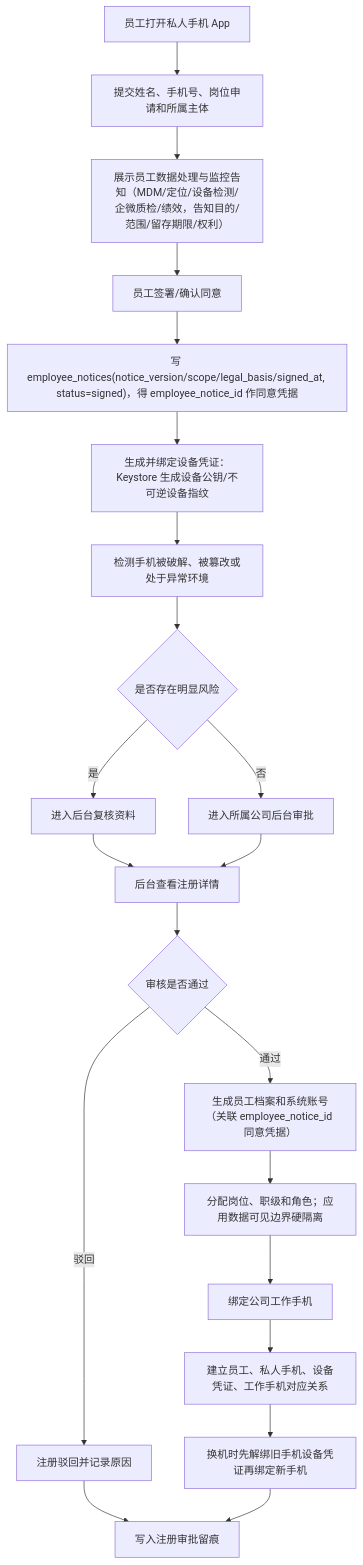
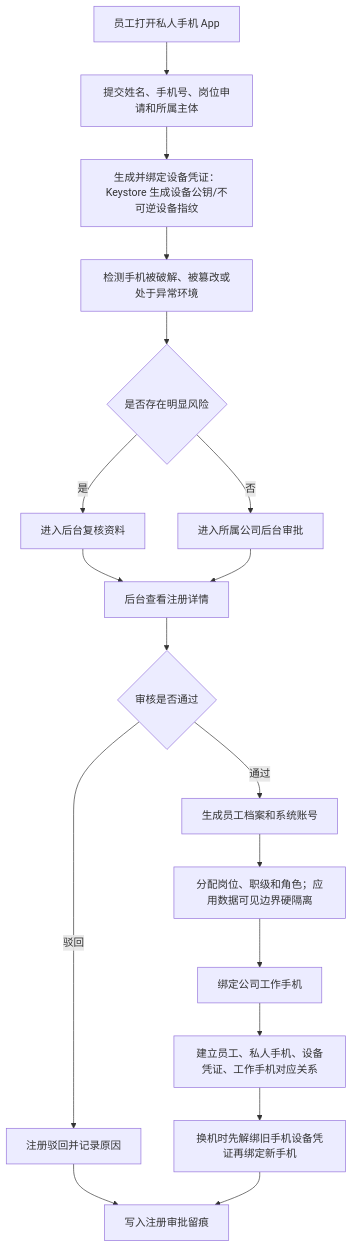
One commit to jxh1979/mall changed the tenth of 19 diagrams in docs/platform-governance-product-spec-v0.2.md. Above: the diagram before and after it, drawn with Mermaid. The commit also changed other lines of this file and 7 other files, not shown here.

````diff
--- a/docs/platform-governance-product-spec-v0.2.md
+++ b/docs/platform-governance-product-spec-v0.2.md
@@ -1789,23 +1776,20 @@
 ```mermaid
 flowchart TD
     A["员工打开私人手机 App"] --> B["提交姓名、手机号、岗位申请和所属主体"]
-    B --> B1["展示员工数据处理与监控告知（MDM/定位/设备检测/企微质检/绩效，告知目的/范围/留存期限/权利）"]
-    B1 --> B2["员工签署/确认同意"]
-    B2 --> B3["写 employee_notices(notice_version/scope/legal_basis/signed_at, status=signed)，得 employee_notice_id 作同意凭据"]
-    B3 --> C["生成并绑定设备凭证：Keystore 生成设备公钥/不可逆设备指纹"]
+    B --> C["生成并绑定设备凭证：Keystore 生成设备公钥/不可逆设备指纹"]
     C --> D["检测手机被破解、被篡改或处于异常环境"]
     D --> E{"是否存在明显风险"}
     E -- "是" --> F["进入后台复核资料"]
     E -- "否" --> G["进入所属公司后台审批"]
     F --> H["后台查看注册详情"]
     G --> H
     H --> I{"审核是否通过"}
     I -- "驳回" --> J["注册驳回并记录原因"]
-    I -- "通过" --> K["生成员工档案和系统账号（关联 employee_notice_id 同意凭据）"]
+    I -- "通过" --> K["生成员工档案和系统账号"]
     K --> L["分配岗位、职级和角色；应用数据可见边界硬隔离"]
     L --> M["绑定公司工作手机"]
     M --> N["建立员工、私人手机、设备凭证、工作手机对应关系"]
     N --> N1["换机时先解绑旧手机设备凭证再绑定新手机"]
     J --> O["写入注册审批留痕"]
     N1 --> O
 ```
````
